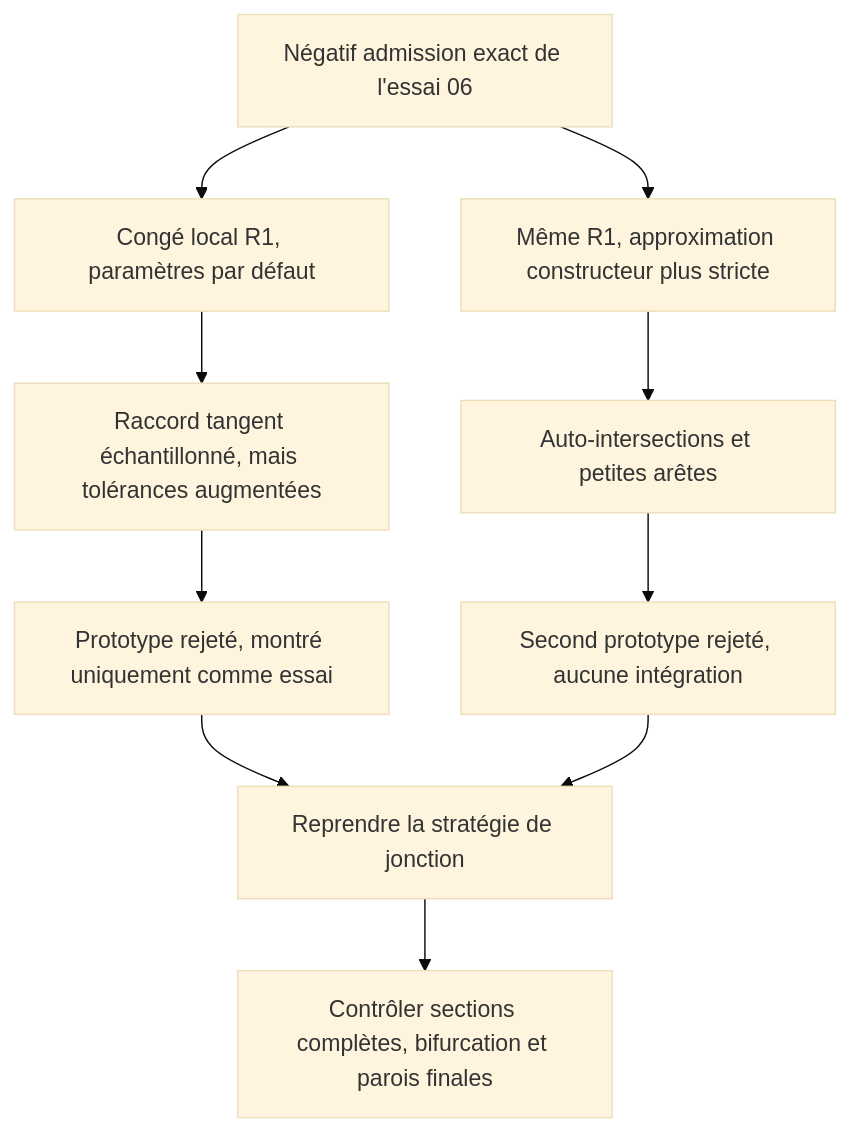
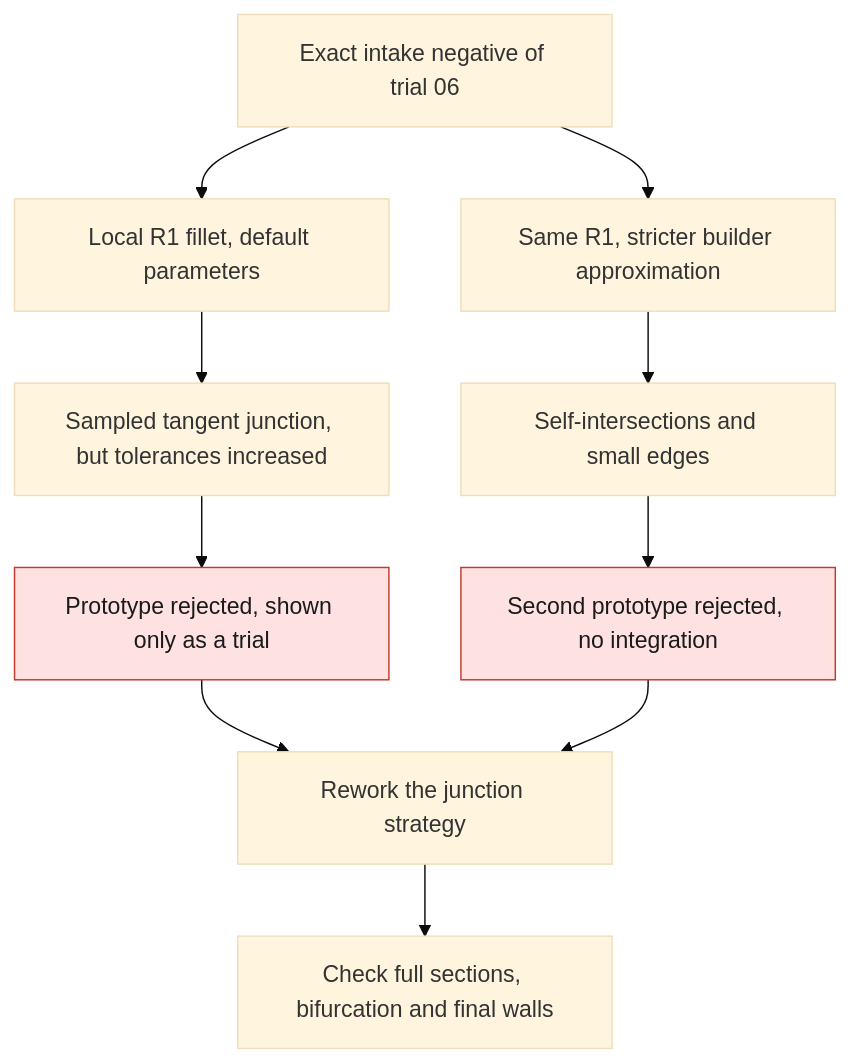
Before and after one commit to cluster2600/porscheparts: the diagram in docs/reports/M64_LOCAL_FILLET_AND_HXT_COUNTERTRIALS_20260907.md, drawn with Mermaid (base theme). The commit also changed other lines of this file and 228 other files, not shown here.

````diff
--- a/docs/reports/M64_LOCAL_FILLET_AND_HXT_COUNTERTRIALS_20260907.md
+++ b/docs/reports/M64_LOCAL_FILLET_AND_HXT_COUNTERTRIALS_20260907.md
@@ -90,12 +90,14 @@
 ```mermaid
 flowchart TD
-    A["Négatif admission exact de l'essai 06"] --> B["Congé local R1, paramètres par défaut"]
-    B --> C["Raccord tangent échantillonné, mais tolérances augmentées"]
-    C --> D["Prototype rejeté, montré uniquement comme essai"]
-    A --> E["Même R1, approximation constructeur plus stricte"]
-    E --> F["Auto-intersections et petites arêtes"]
-    F --> G["Second prototype rejeté, aucune intégration"]
-    D --> H["Reprendre la stratégie de jonction"]
+    A["Exact intake negative of trial 06"] --> B["Local R1 fillet, default parameters"]
+    B --> C["Sampled tangent junction, but tolerances increased"]
+    C --> D["Prototype rejected, shown only as a trial"]
+    A --> E["Same R1, stricter builder approximation"]
+    E --> F["Self-intersections and small edges"]
+    F --> G["Second prototype rejected, no integration"]
+    D --> H["Rework the junction strategy"]
     G --> H
-    H --> I["Contrôler sections complètes, bifurcation et parois finales"]
+    H --> I["Check full sections, bifurcation and final walls"]
+    classDef stop fill:#fde2e1,stroke:#c0392b,color:#1a1a1a;
+    class D,G stop;
 ```
````
